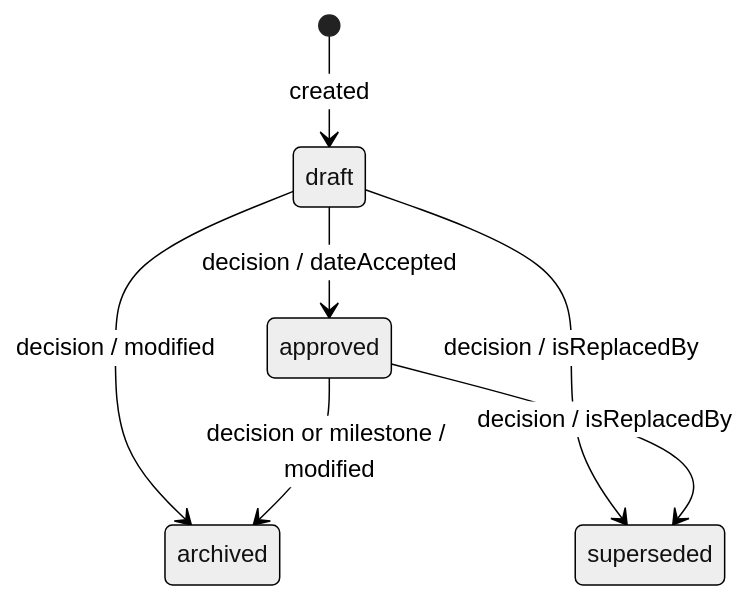
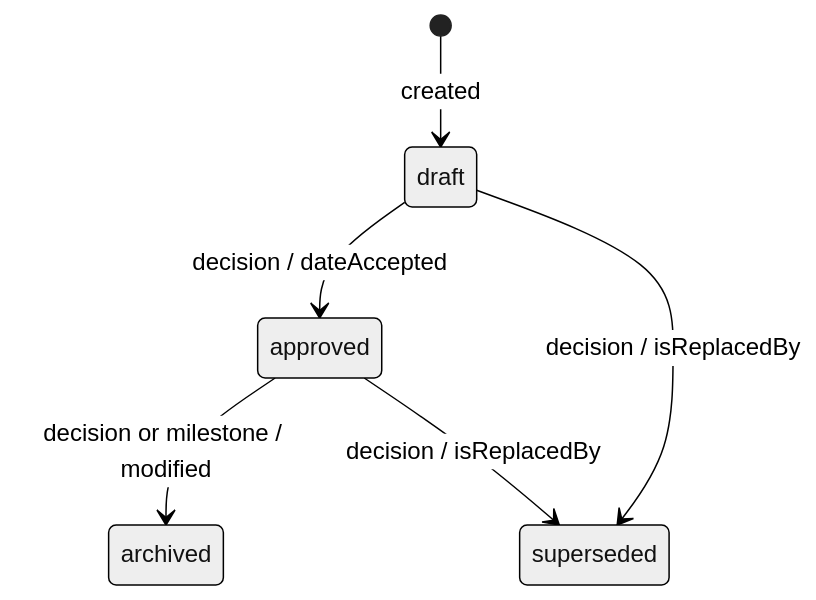
The first of 6 diagrams in lifecycle-policies/workflows.md (Jamie-Clayton/githerd-rules), drawn with Mermaid (neutral theme) before and after one commit. The commit also changed other lines of this file and 12 other files, not shown here.

````diff
--- a/lifecycle-policies/workflows.md
+++ b/lifecycle-policies/workflows.md
@@ -26,9 +43,8 @@
 ```mermaid
 stateDiagram-v2
   [*] --> draft : created
   draft --> approved : decision / dateAccepted
-  draft --> archived : decision / modified
   draft --> superseded : decision / isReplacedBy
   approved --> archived : decision or milestone / modified
   approved --> superseded : decision / isReplacedBy
 ```
````
